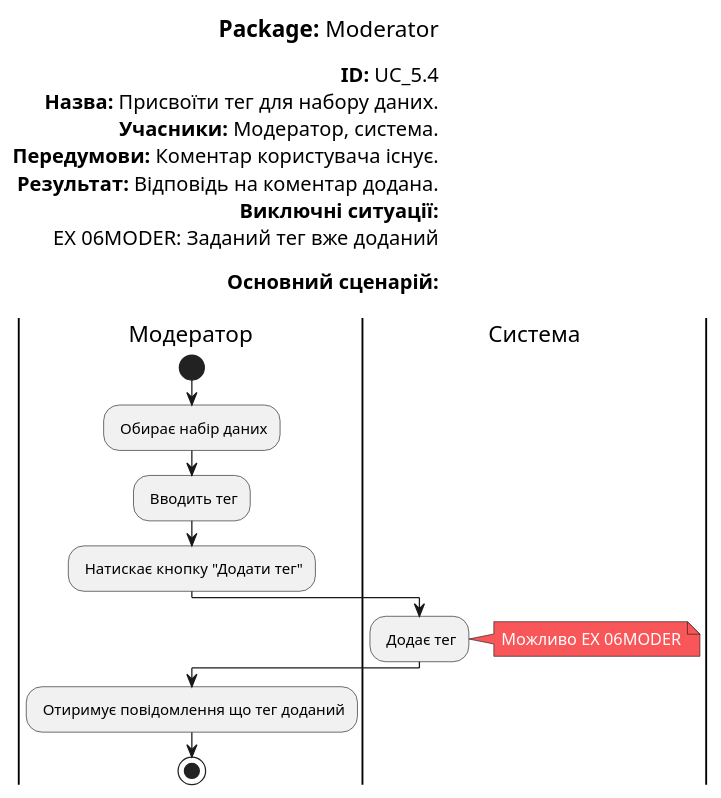
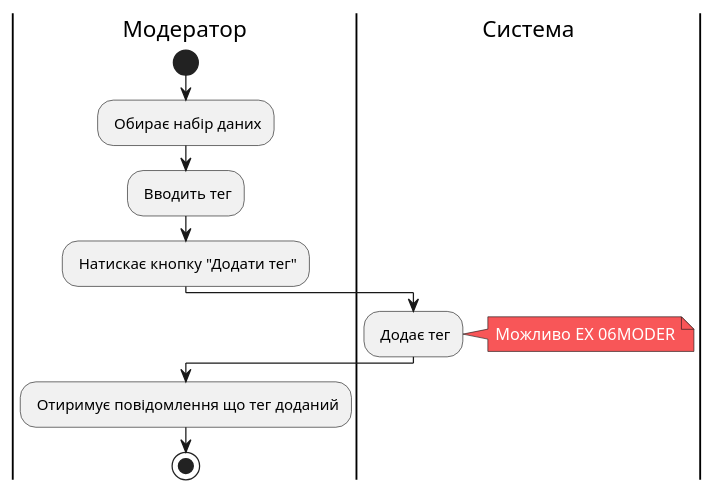
Before and after one commit to KarmazinN/db_open_data: the diagram in src/uml/UC_5.4.puml, drawn with PlantUML.

```diff
--- a/src/uml/UC_5.4.puml
+++ b/src/uml/UC_5.4.puml
@@ -1,47 +1,34 @@
 @startuml
 skinparam ArchimateBackgroundColor #ffffff
 skinparam	shadowing false
 skinparam Note {
 	BackgroundColor #f85658
 	FontColor #ffffff
 }
 
-left header
-<font color=000 size=18><b>Package:</b> Moderator
 
-<font color=000 size=16><b>ID:</b> UC_5.4
-<font color=000 size=16><b>Назва:</b> Присвоїти тег для набору даних.
-<font color=000 size=16><b>Учасники:</b> Модератор, система.
-<font color=000 size=16><b>Передумови:</b> Коментар користувача існує.
-<font color=000 size=16><b>Результат:</b> Відповідь на коментар додана.
-<font color=000 size=16><b>Виключні ситуації:</b>
-<font color=000 size=16> ЕХ 06MODER: Заданий тег вже доданий
-
-<font color=000 size=16><b>Основний сценарій:</b>
-
-end header
 
 |Модератор|
 start
 : Обирає набір даних;
 
 : Вводить тег;
 
 
 : Натискає кнопку "Додати тег";
 
 |Система|
 
 : Додає тег;
 note right
 Можливо ЕХ 06MODER
 end note
 
 |Модератор|
 
 : Отиримує повідомлення що тег доданий;
 
 stop;
 
 
 @enduml
```
